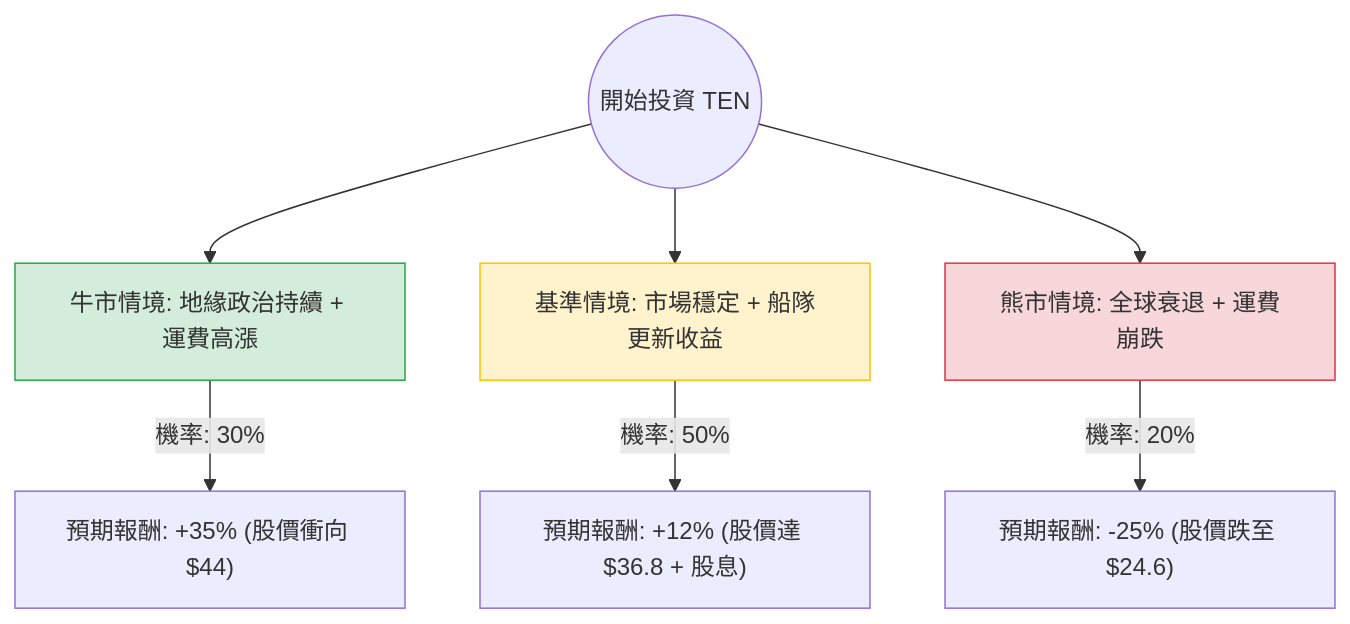
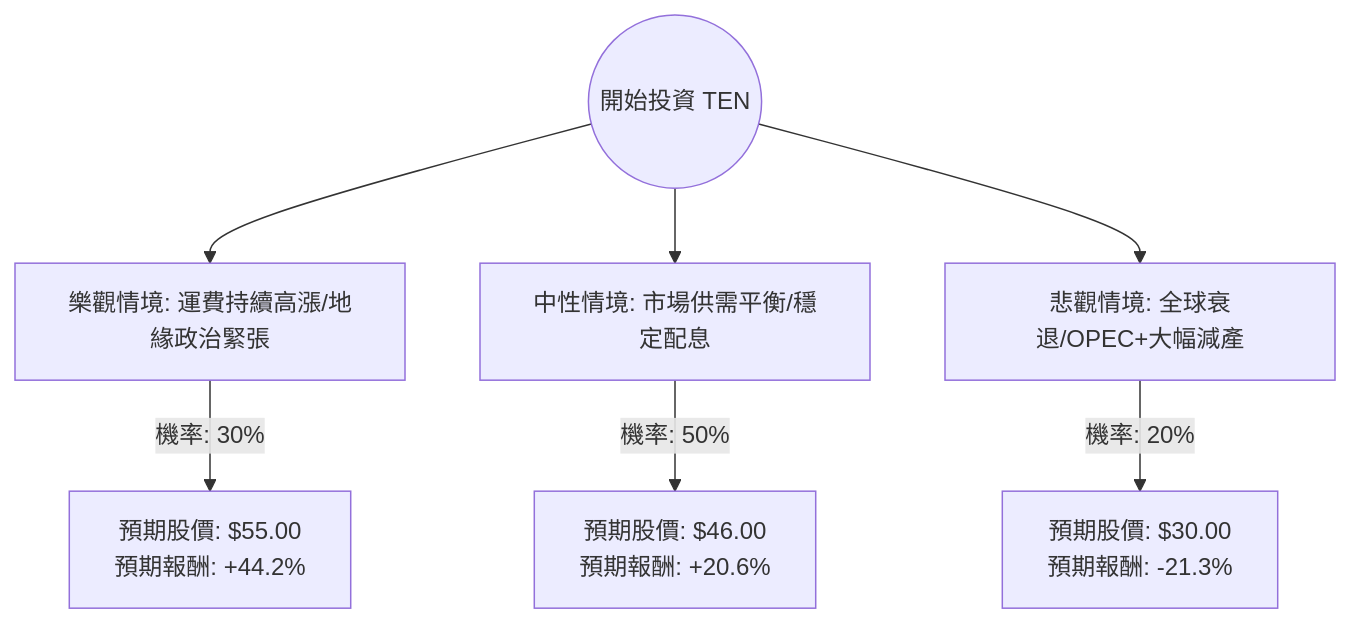
Before and after one commit to zmcx16/zmcx16.github.io: the diagram in plugin-react/ai-analysis/ev-analysis/TEN.md, drawn with Mermaid. The commit also changed other lines of this file and 70 other files, not shown here.

````diff
--- a/plugin-react/ai-analysis/ev-analysis/TEN.md
+++ b/plugin-react/ai-analysis/ev-analysis/TEN.md
@@ -19,14 +25,10 @@
 ```mermaid
 graph TD
-    Start((開始投資 TEN)) --> Bull[牛市情境: 地緣政治持續 + 運費高漲]
-    Start --> Base[基準情境: 市場穩定 + 船隊更新收益]
-    Start --> Bear[熊市情境: 全球衰退 + 運費崩跌]
+    Start((開始投資 TEN)) --> Bull[樂觀情境: 運費持續高漲/地緣政治緊張]
+    Start --> Base[中性情境: 市場供需平衡/穩定配息]
+    Start --> Bear[悲觀情境: 全球衰退/OPEC+大幅減產]
 
-    Bull -- "機率: 30%" --> BullResult["預期報酬: +35% (股價衝向 $44)"]
-    Base -- "機率: 50%" --> BaseResult["預期報酬: +12% (股價達 $36.8 + 股息)"]
-    Bear -- "機率: 20%" --> BearResult["預期報酬: -25% (股價跌至 $24.6)"]
-
-    style Bull fill:#d4edda,stroke:#28a745
-    style Base fill:#fff3cd,stroke:#ffc107
-    style Bear fill:#f8d7da,stroke:#dc3545
+    Bull -- "機率: 30%" --> BullVal["預期股價: $55.00 <br/> 預期報酬: +44.2%"]
+    Base -- "機率: 50%" --> BaseVal["預期股價: $46.00 <br/> 預期報酬: +20.6%"]
+    Bear -- "機率: 20%" --> BearVal["預期股價: $30.00 <br/> 預期報酬: -21.3%"]
 ```
````
